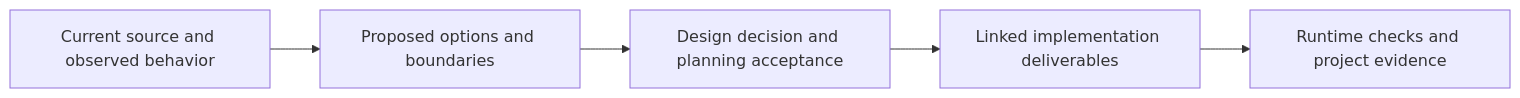
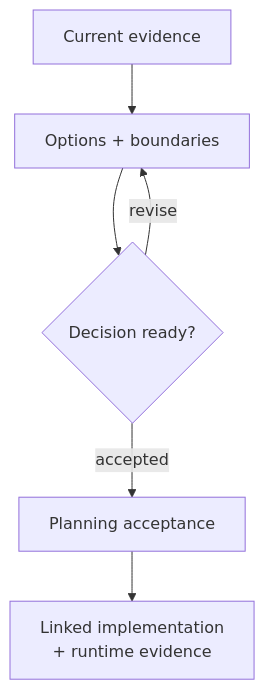
One commit to Valpatel/cad-agent changed the second of 2 diagrams in .agents/skills/cad-work-tracking/issue-labels.md. Above: the diagram before and after it, drawn with Mermaid. The commit also changed other lines of this file, not shown here.

````diff
--- a/.agents/skills/cad-work-tracking/issue-labels.md
+++ b/.agents/skills/cad-work-tracking/issue-labels.md
@@ -113,7 +111,8 @@
 ```mermaid
-flowchart LR
-    E["Current source and observed behavior"] --> P["Proposed options and boundaries"]
-    P --> D["Design decision and planning acceptance"]
-    D --> I["Linked implementation deliverables"]
-    I --> V["Runtime checks and project evidence"]
+flowchart TD
+    E["Current evidence"] --> P["Options + boundaries"]
+    P --> D{"Decision ready?"}
+    D -->|"revise"| P
+    D -->|"accepted"| A["Planning acceptance"]
+    A --> I["Linked implementation<br/>+ runtime evidence"]
 ```
````
